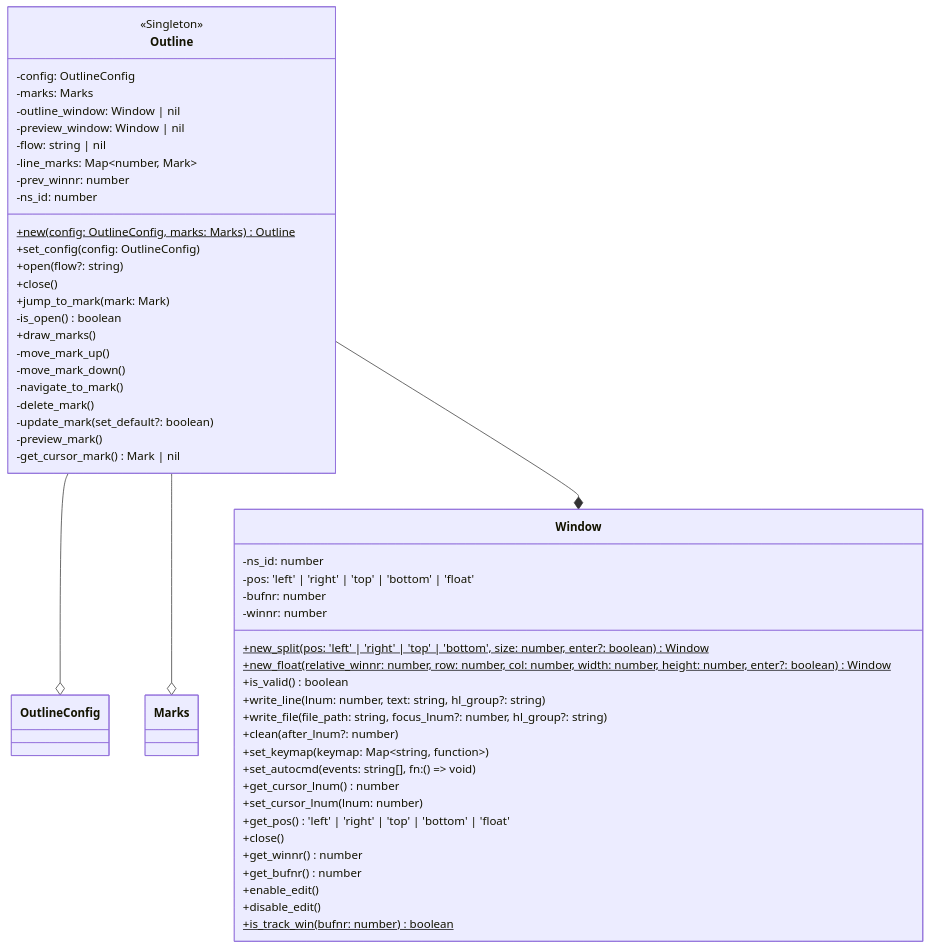
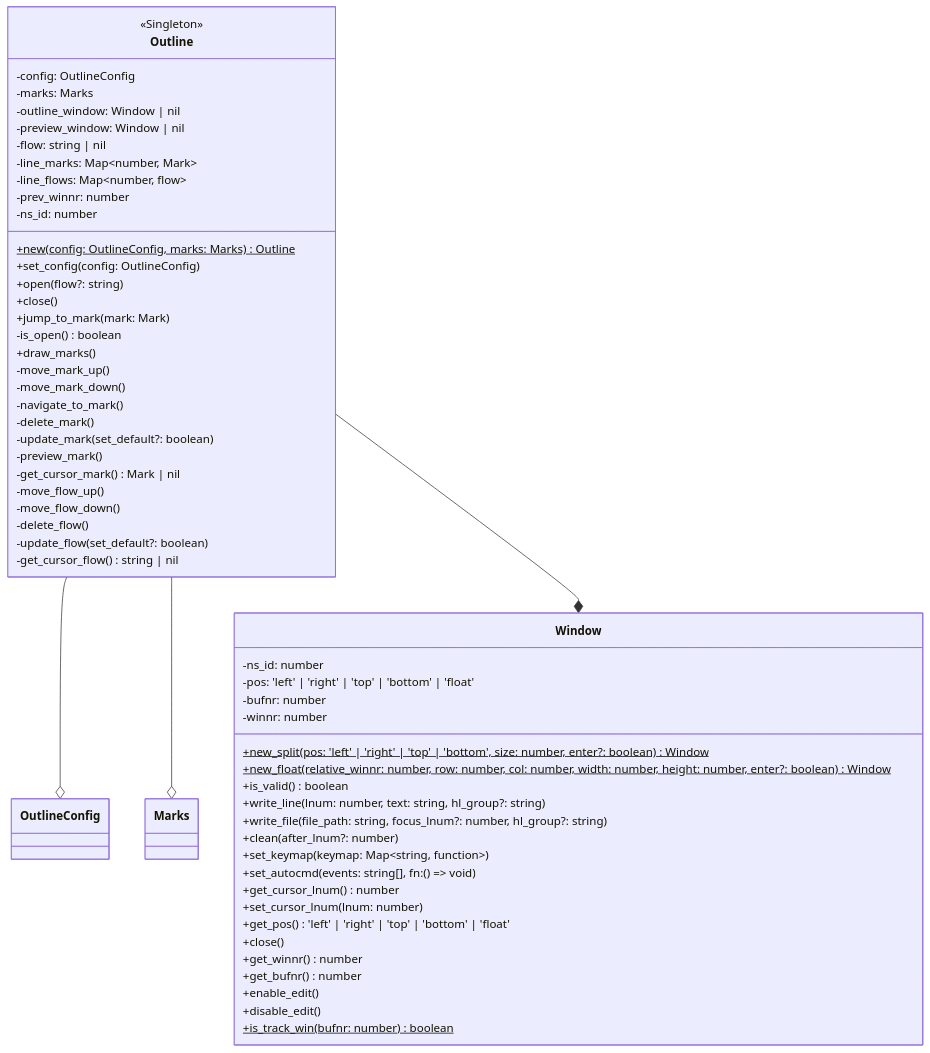
Before and after one commit to niuiic/track.nvim: diagram 19 of 24 in DESIGN.md, drawn with Mermaid. The commit also changed other lines of this file and 4 other files, not shown here.

Commit message:
feat: change flow order

````diff
--- a/DESIGN.md
+++ b/DESIGN.md
@@ -435,62 +447,69 @@
 ```mermaid
 classDiagram
     Outline --o OutlineConfig
     Outline --o Marks
     Outline --* Window
     class Outline {
         <<Singleton>>
 
         -config: OutlineConfig
         -marks: Marks
         -outline_window: Window | nil
         -preview_window: Window | nil
         -flow: string | nil
         -line_marks: Map~number, Mark~
+        -line_flows: Map~number, flow~
         -prev_winnr: number
         -ns_id: number
 
         %% new
         +new(config: OutlineConfig, marks: Marks)$ Outline
         %% config
         +set_config(config: OutlineConfig)
         %% outline
         +open(flow?: string)
         +close()
         +jump_to_mark(mark: Mark)
         -is_open() boolean
         %% mark
         +draw_marks()
         -move_mark_up()
         -move_mark_down()
         -navigate_to_mark()
         -delete_mark()
         -update_mark(set_default?: boolean)
         -preview_mark()
         -get_cursor_mark() Mark | nil
+        %% flow
+        -move_flow_up()
+        -move_flow_down()
+        -delete_flow()
+        -update_flow(set_default?: boolean)
+        -get_cursor_flow() string | nil
     }
 
     class Window {
         -ns_id: number
         -pos: 'left' | 'right' | 'top' | 'bottom' | 'float'
         -bufnr: number
         -winnr: number
 
         +new_split(pos: 'left' | 'right' | 'top' | 'bottom', size: number, enter?: boolean)$ Window
         +new_float(relative_winnr: number, row: number, col: number, width: number, height: number, enter?: boolean)$ Window
         +is_valid() boolean
         +write_line(lnum: number, text: string, hl_group?: string)
         +write_file(file_path: string, focus_lnum?: number, hl_group?: string)
         +clean(after_lnum?: number)
         +set_keymap(keymap: Map~string, function~)
         +set_autocmd(events: string[], fn: () => void)
         +get_cursor_lnum() number
         +set_cursor_lnum(lnum: number)
         +get_pos() 'left' | 'right' | 'top' | 'bottom' | 'float'
         +close()
         +get_winnr() number
         +get_bufnr() number
         +enable_edit()
         +disable_edit()
         +is_track_win(bufnr: number)$ boolean
     }
 ```
````
